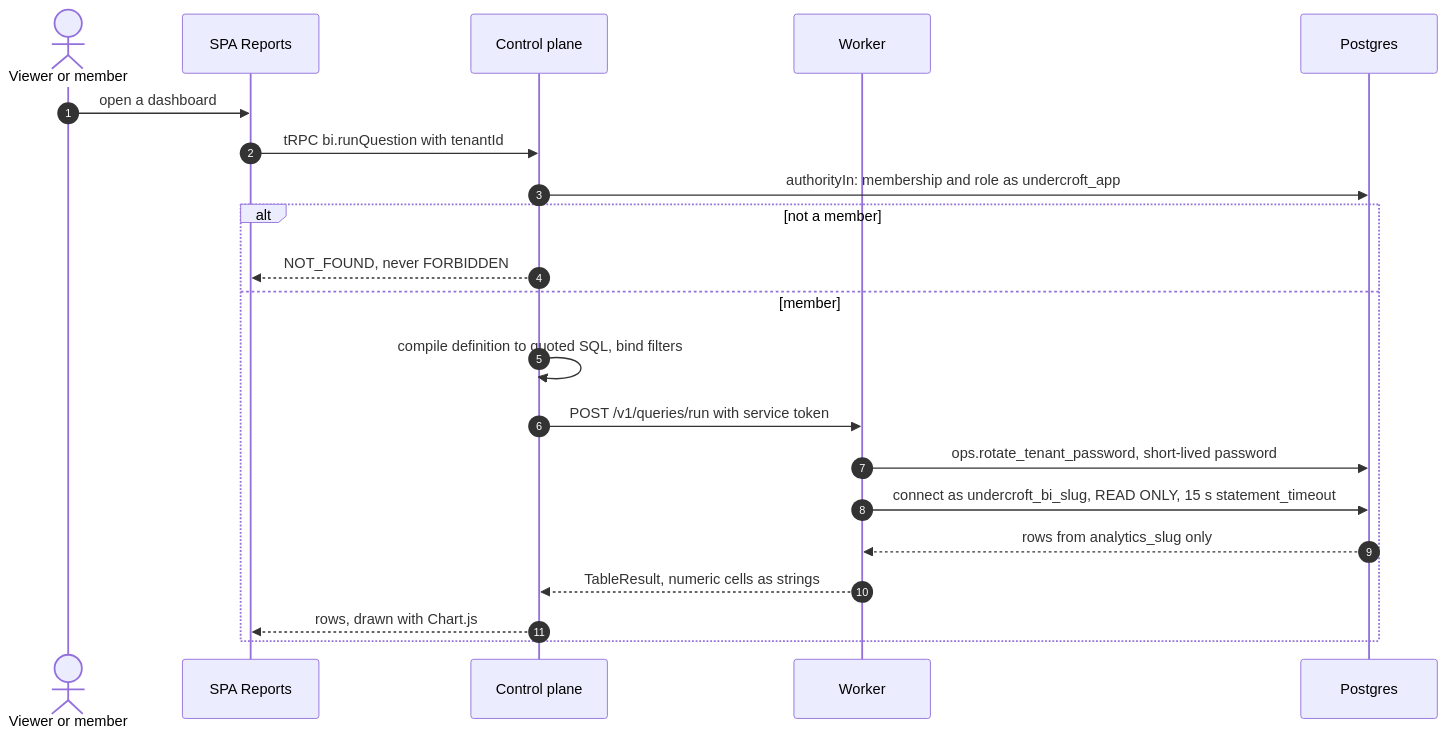
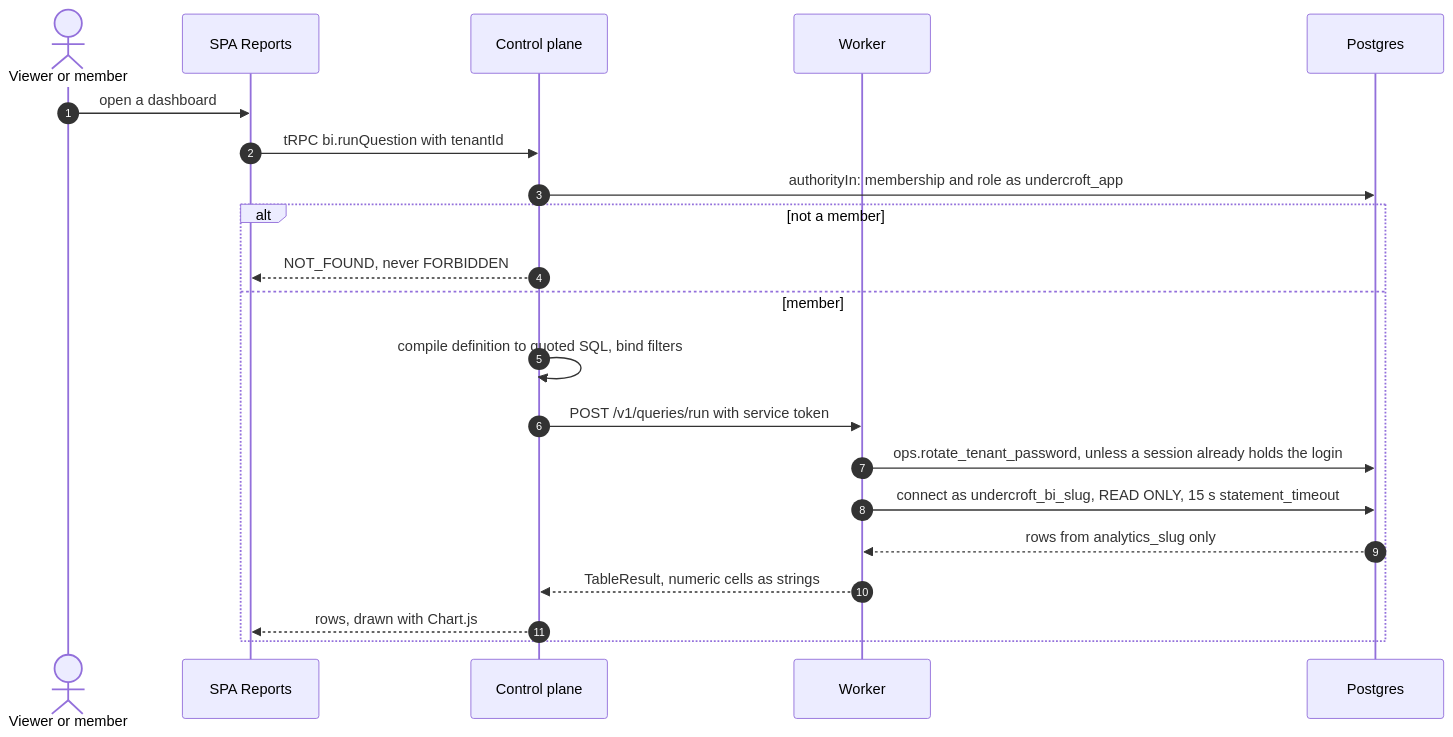
One commit to muitneliss/undercroft changed the tenth of 15 diagrams in docs/architecture.md. Above: the diagram before and after it, drawn with Mermaid. The commit also changed other lines of this file and 16 other files, not shown here.

````diff
--- a/docs/architecture.md
+++ b/docs/architecture.md
@@ -551,24 +551,24 @@
 ```mermaid
 sequenceDiagram
     autonumber
     actor V as Viewer or member
     participant UI as SPA Reports
     participant CP as Control plane
     participant W as Worker
     participant PG as Postgres
 
     V->>UI: open a dashboard
     UI->>CP: tRPC bi.runQuestion with tenantId
     CP->>PG: authorityIn: membership and role as undercroft_app
     alt not a member
         CP-->>UI: NOT_FOUND, never FORBIDDEN
     else member
         CP->>CP: compile definition to quoted SQL, bind filters
         CP->>W: POST /v1/queries/run with service token
-        W->>PG: ops.rotate_tenant_password, short-lived password
+        W->>PG: ops.rotate_tenant_password, unless a session already holds the login
         W->>PG: connect as undercroft_bi_slug, READ ONLY, 15 s statement_timeout
         PG-->>W: rows from analytics_slug only
         W-->>CP: TableResult, numeric cells as strings
         CP-->>UI: rows, drawn with Chart.js
     end
 ```
````
